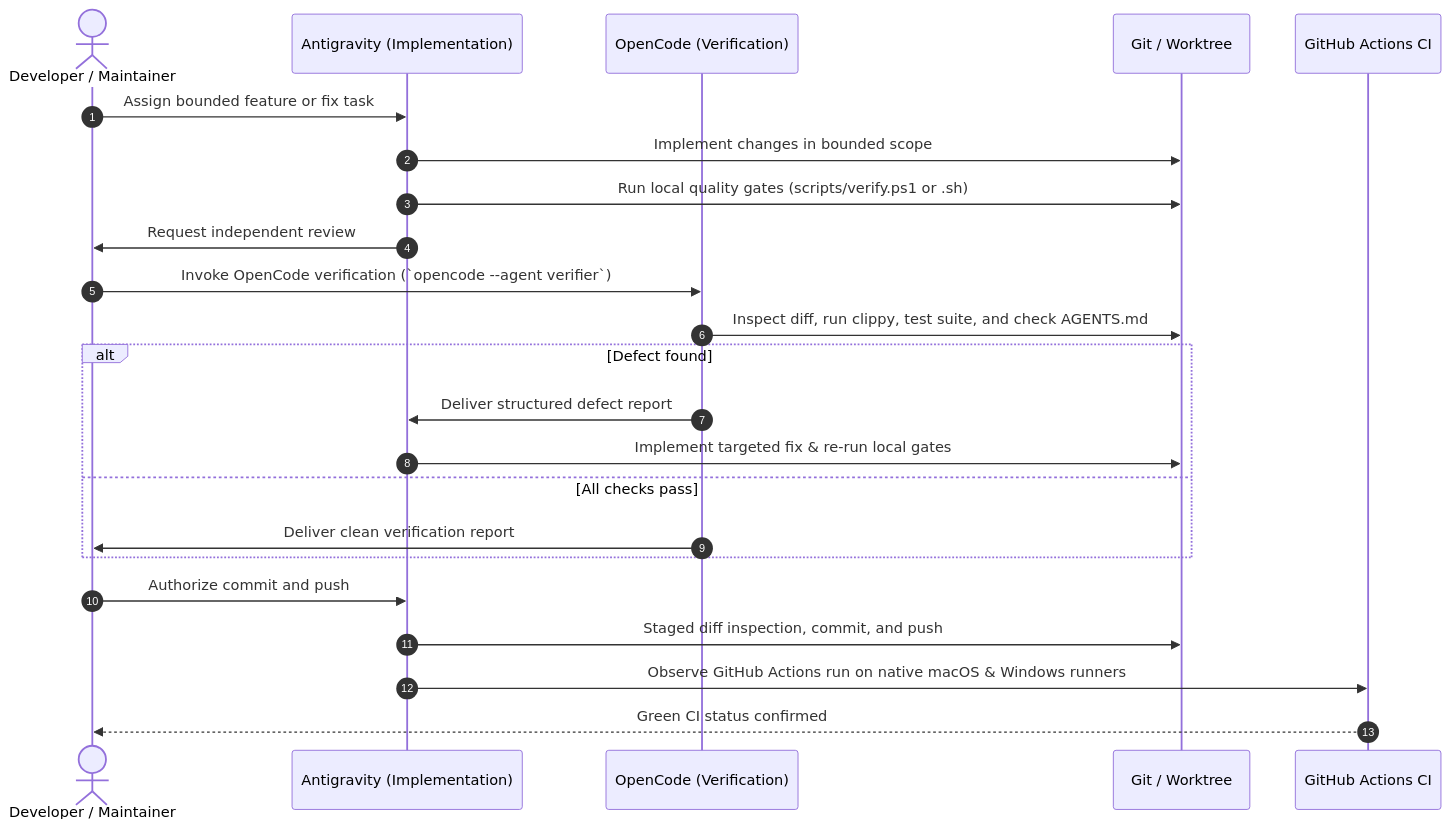
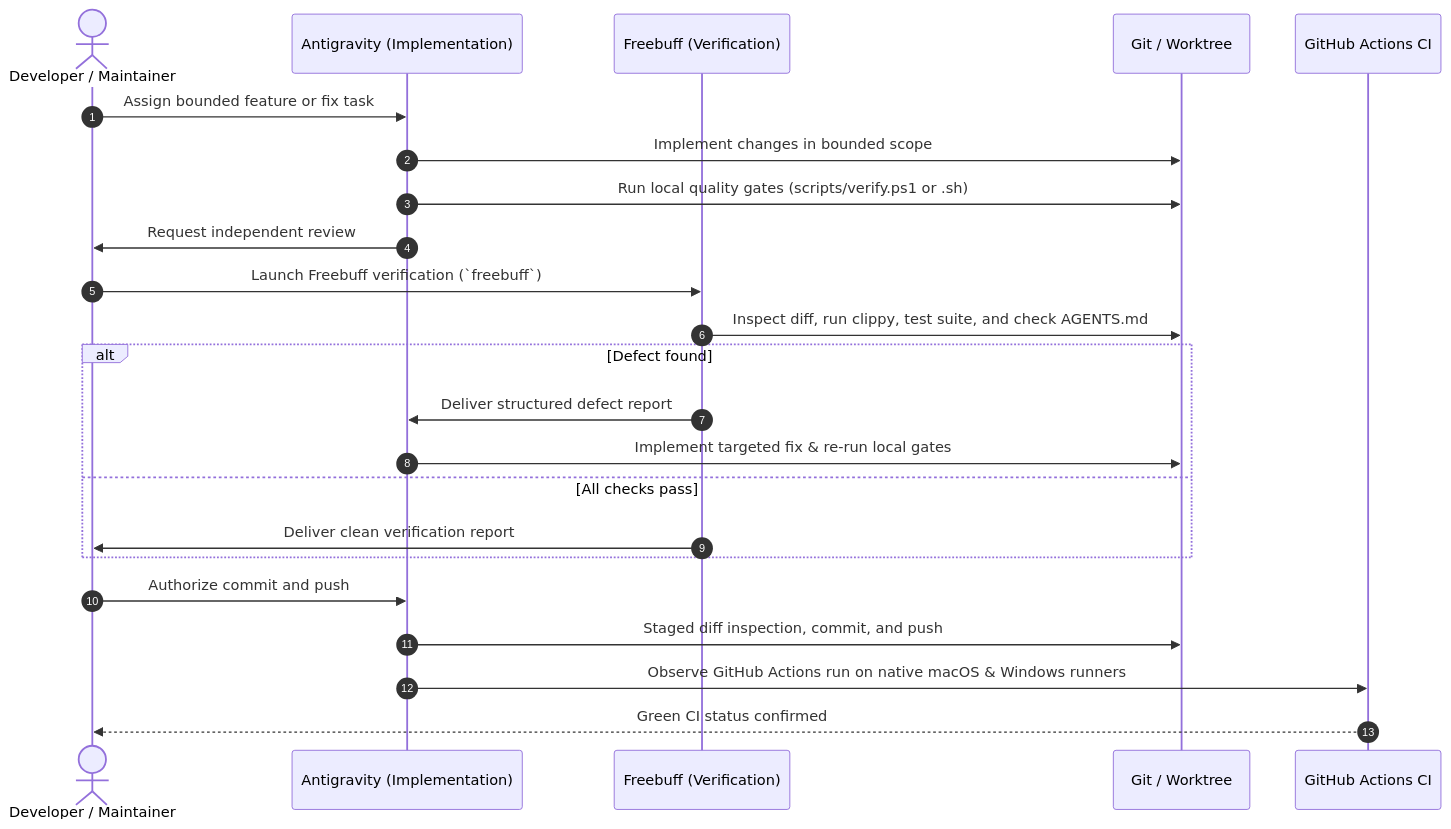
Before and after one commit to somyacodes07/Auralis: the diagram in docs/MULTI_AGENT_WORKFLOW.md, drawn with Mermaid. The commit also changed other lines of this file and 10 other files, not shown here.

Commit message:
feat: switch verification agent to freebuff and implement wallpaper engine with native windows desktop host

````diff
--- a/docs/MULTI_AGENT_WORKFLOW.md
+++ b/docs/MULTI_AGENT_WORKFLOW.md
@@ -38,26 +38,26 @@
 ```mermaid
 sequenceDiagram
     autonumber
     actor Dev as Developer / Maintainer
     participant AG as Antigravity (Implementation)
-    participant OC as OpenCode (Verification)
+    participant FB as Freebuff (Verification)
     participant Git as Git / Worktree
     participant CI as GitHub Actions CI
 
     Dev->>AG: Assign bounded feature or fix task
     AG->>Git: Implement changes in bounded scope
     AG->>Git: Run local quality gates (scripts/verify.ps1 or .sh)
     AG->>Dev: Request independent review
-    Dev->>OC: Invoke OpenCode verification (`opencode --agent verifier`)
-    OC->>Git: Inspect diff, run clippy, test suite, and check AGENTS.md
+    Dev->>FB: Launch Freebuff verification (`freebuff`)
+    FB->>Git: Inspect diff, run clippy, test suite, and check AGENTS.md
     alt Defect found
-        OC->>AG: Deliver structured defect report
+        FB->>AG: Deliver structured defect report
         AG->>Git: Implement targeted fix & re-run local gates
     else All checks pass
-        OC->>Dev: Deliver clean verification report
+        FB->>Dev: Deliver clean verification report
     end
     Dev->>AG: Authorize commit and push
     AG->>Git: Staged diff inspection, commit, and push
     AG->>CI: Observe GitHub Actions run on native macOS & Windows runners
     CI-->>Dev: Green CI status confirmed
 ```
````
